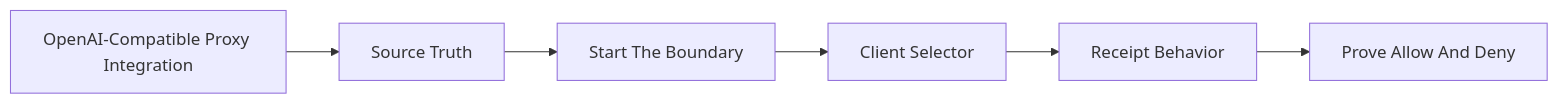
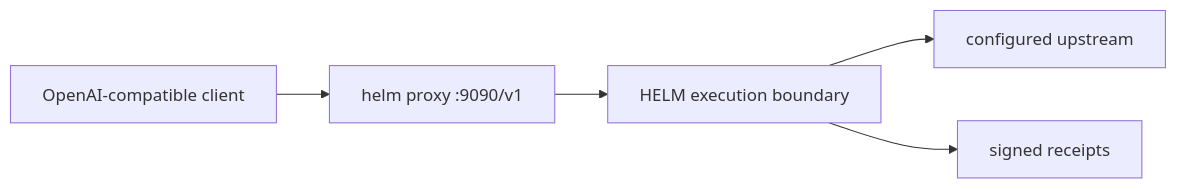
The diagram in docs/INTEGRATIONS/openai_baseurl.md (Mindburn-Labs/helm-ai-kernel), drawn with Mermaid before and after one commit. The commit also changed other lines of this file and 61 other files, not shown here.

````diff
--- a/docs/INTEGRATIONS/openai_baseurl.md
+++ b/docs/INTEGRATIONS/openai_baseurl.md
@@ -26,14 +12,7 @@
 ```mermaid
 flowchart LR
-  Page["OpenAI-Compatible Proxy Integration"]
-  A["Source Truth"]
-  B["Start The Boundary"]
-  C["Client Selector"]
-  D["Receipt Behavior"]
-  E["Prove Allow And Deny"]
-  Page --> A
-  A --> B
-  B --> C
-  C --> D
-  D --> E
+  Client["OpenAI-compatible client"] --> Proxy["helm proxy :9090/v1"]
+  Proxy --> Boundary["HELM execution boundary"]
+  Boundary --> Upstream["configured upstream"]
+  Boundary --> Receipts["signed receipts"]
 ```
````
